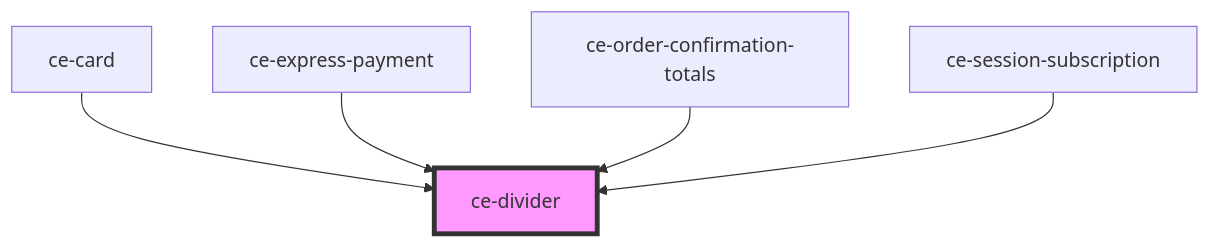
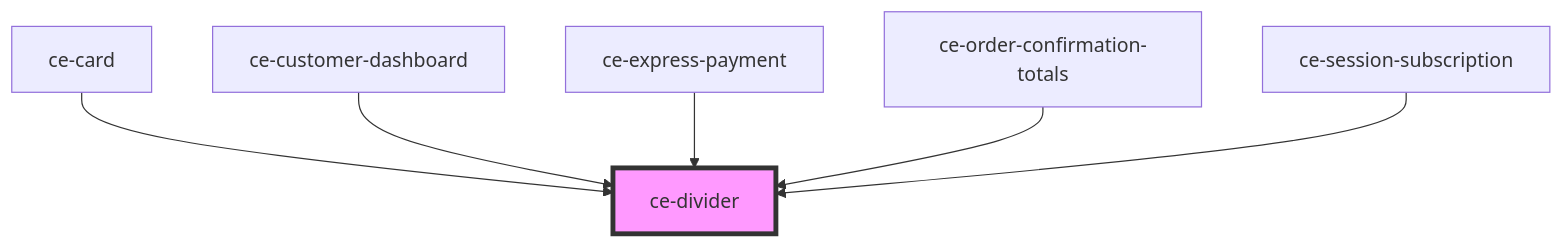
The diagram in packages/components/src/components/ui/divider/readme.md (surecart/surecart-wp-plugin), drawn with Mermaid before and after one commit. The commit also changed other lines of this file and 24 other files, not shown here.

````diff
--- a/packages/components/src/components/ui/divider/readme.md
+++ b/packages/components/src/components/ui/divider/readme.md
@@ -27,8 +28,9 @@
 ```mermaid
 graph TD;
   ce-card --> ce-divider
+  ce-customer-dashboard --> ce-divider
   ce-express-payment --> ce-divider
   ce-order-confirmation-totals --> ce-divider
   ce-session-subscription --> ce-divider
   style ce-divider fill:#f9f,stroke:#333,stroke-width:4px
 ```
````
